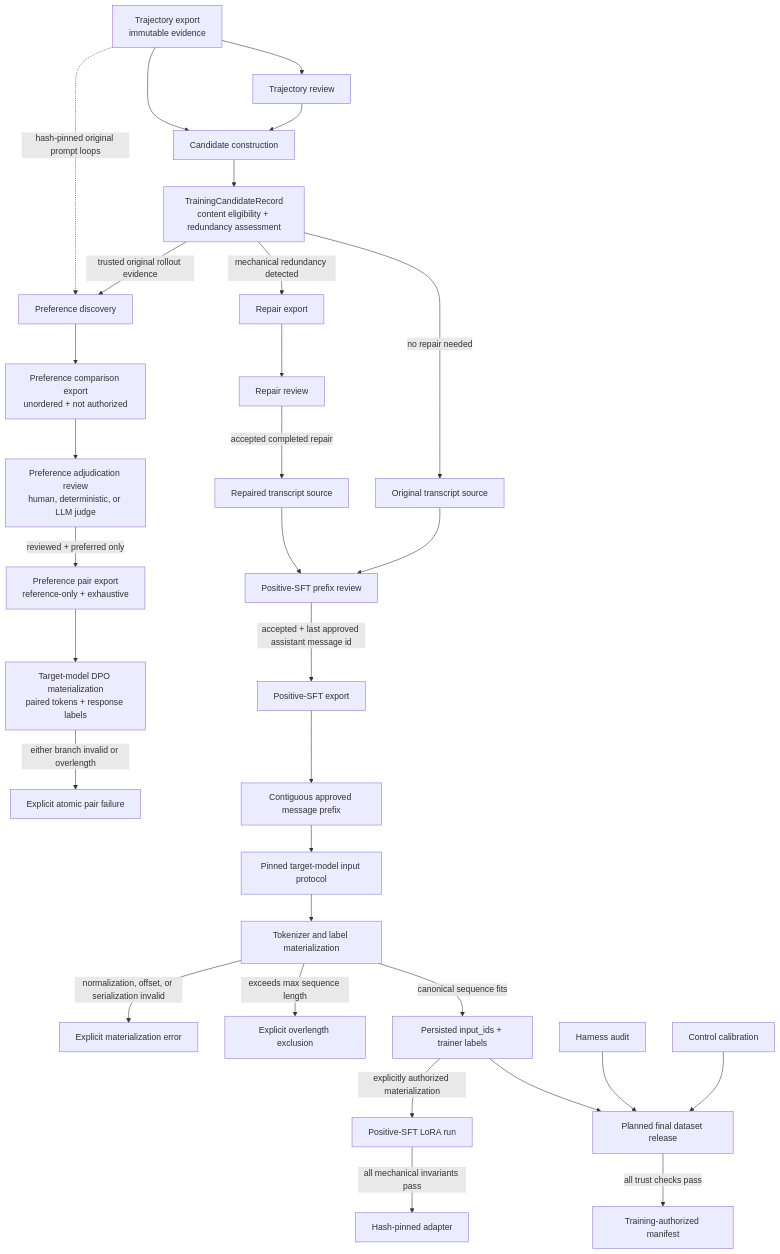
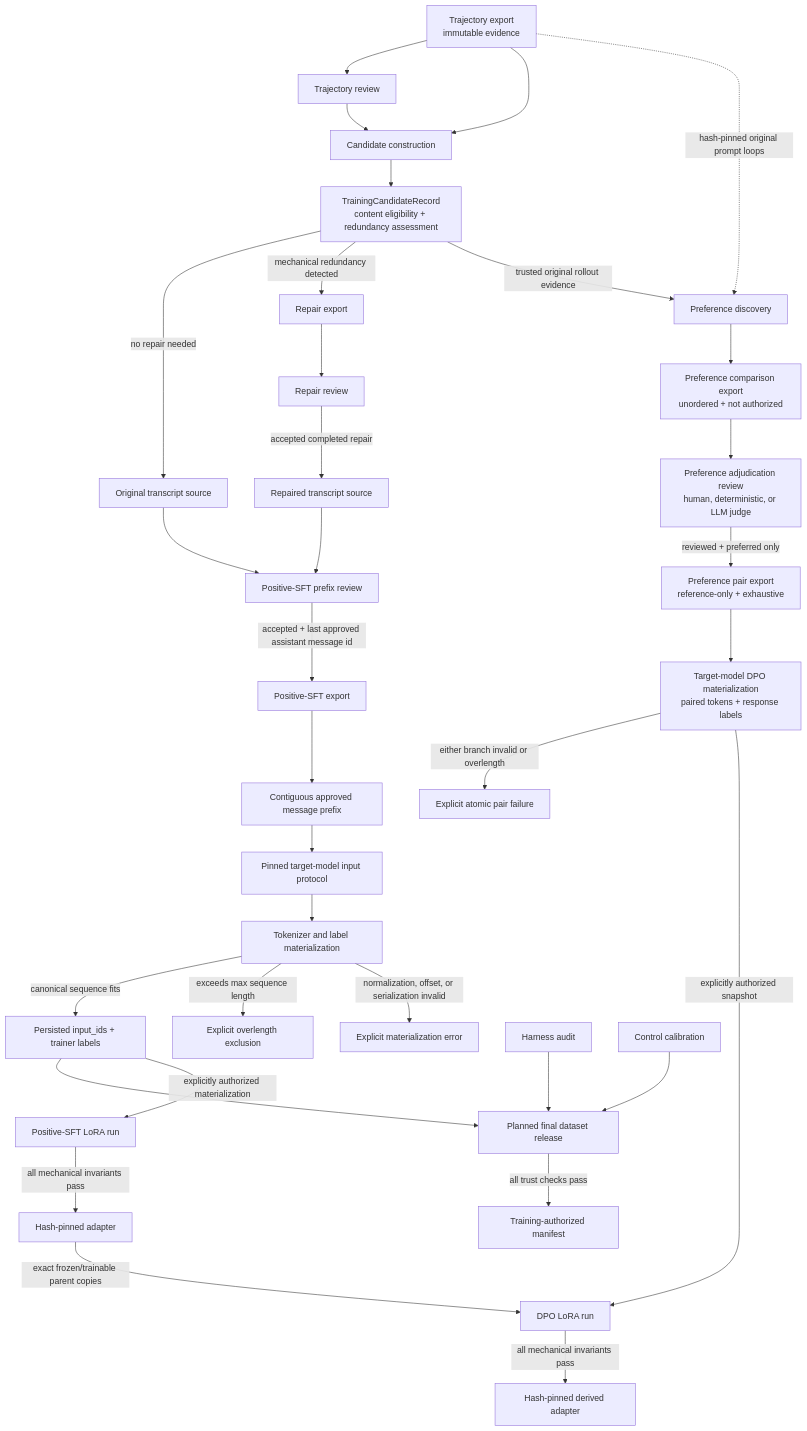
One commit to kshitijg92/agentenv-posttraining-lab changed the diagram in src/agentenv/training/README.md. Above: the diagram before and after it, drawn with Mermaid. The commit also changed other lines of this file and 33 other files, not shown here.

````diff
--- a/src/agentenv/training/README.md
+++ b/src/agentenv/training/README.md
@@ -41,37 +44,40 @@
 ```mermaid
 flowchart TD
     T[Trajectory export<br/>immutable evidence] --> TR[Trajectory review]
     T --> C
     TR --> C[Candidate construction]
 
     C --> TC[TrainingCandidateRecord<br/>content eligibility + redundancy assessment]
     TC -->|no repair needed| O[Original transcript source]
     TC -->|mechanical redundancy detected| RE[Repair export]
     RE --> RR[Repair review]
     RR -->|accepted completed repair| RP[Repaired transcript source]
 
     O --> SR[Positive-SFT prefix review]
     RP --> SR
     SR -->|accepted + last approved assistant message id| SE[Positive-SFT export]
     SE --> P[Contiguous approved message prefix]
     P --> IP[Pinned target-model input protocol]
     IP --> TM[Tokenizer and label materialization]
     TM -->|canonical sequence fits| TS[Persisted input_ids + trainer labels]
     TM -->|exceeds max sequence length| OE[Explicit overlength exclusion]
     TM -->|normalization, offset, or serialization invalid| ME[Explicit materialization error]
 
     TC -->|trusted original rollout evidence| PD[Preference discovery]
     T -. hash-pinned original prompt loops .-> PD
     PD --> PC[Preference comparison export<br/>unordered + not authorized]
     PC --> PA[Preference adjudication review<br/>human, deterministic, or LLM judge]
     PA -->|reviewed + preferred only| PE[Preference pair export<br/>reference-only + exhaustive]
     PE --> DM[Target-model DPO materialization<br/>paired tokens + response labels]
     DM -->|either branch invalid or overlength| DE[Explicit atomic pair failure]
+    DM -->|explicitly authorized snapshot| DP[DPO LoRA run]
 
     TS --> DR[Planned final dataset release]
     HA[Harness audit] --> DR
     CC[Control calibration] --> DR
     DR -->|all trust checks pass| AU[Training-authorized manifest]
     TS -->|explicitly authorized materialization| LR[Positive-SFT LoRA run]
     LR -->|all mechanical invariants pass| LA[Hash-pinned adapter]
+    LA -->|exact frozen/trainable parent copies| DP
+    DP -->|all mechanical invariants pass| DA[Hash-pinned derived adapter]
 ```
````
